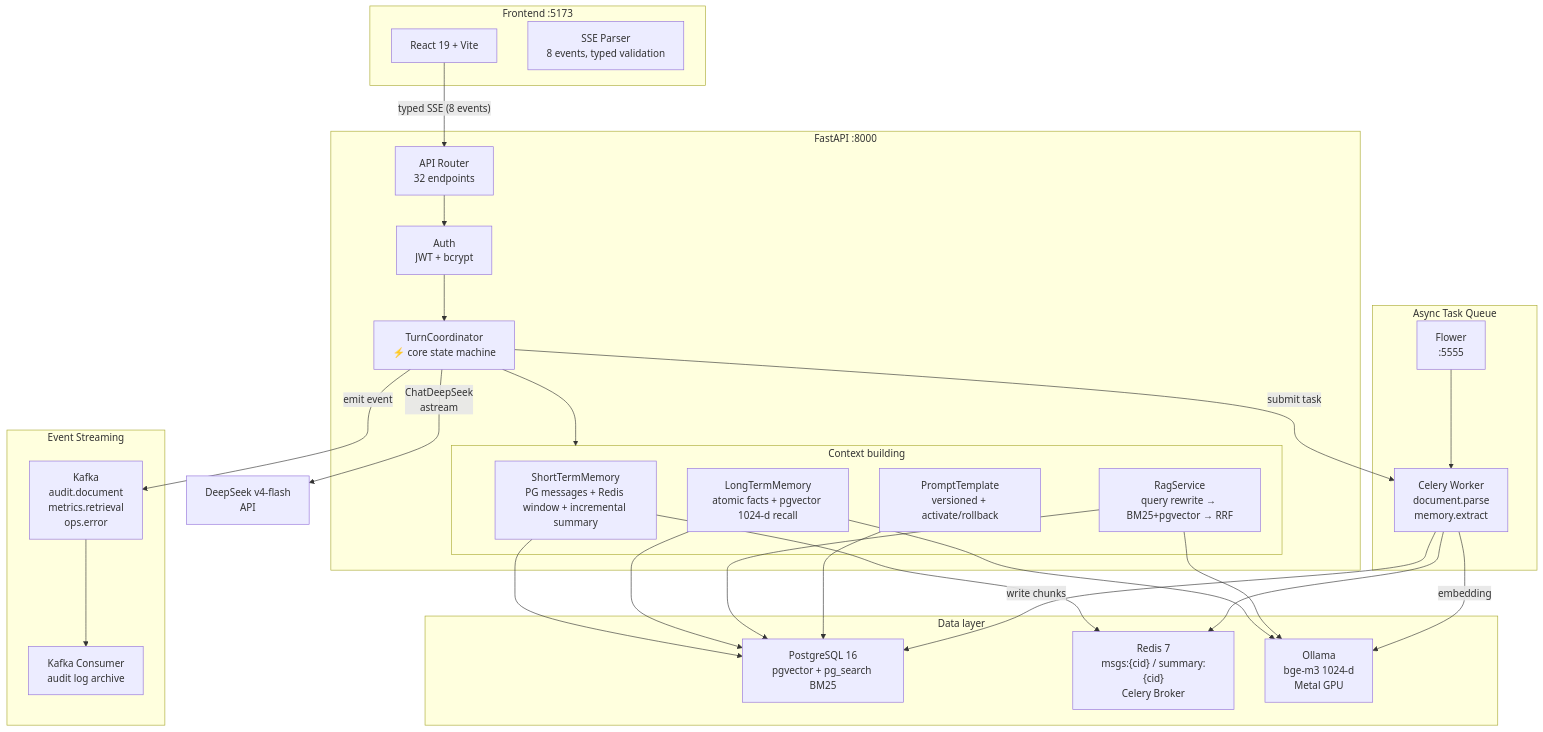
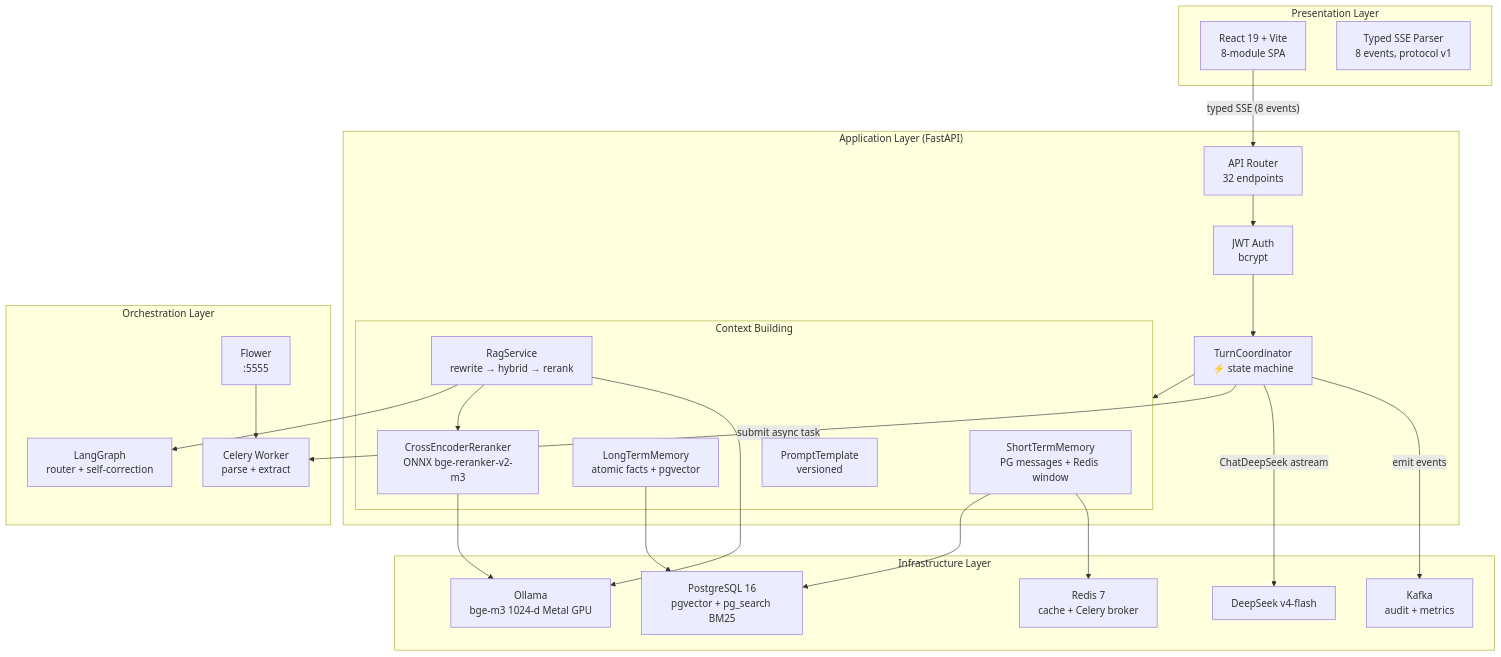
One commit to KevinDeng-0411/AI-CodeReviewCenter changed the first of 4 diagrams in README.md. Above: the diagram before and after it, drawn with Mermaid. The commit also changed other lines of this file and 4 other files, not shown here.

First line of the commit message:
docs: README 加 4 张架构图（分层/时序/路由决策/上下文）+ 面试文档 reranker 叙事更新

````diff
--- a/README.md
+++ b/README.md
@@ -121,56 +123,51 @@
 ```mermaid
 graph TB
-    subgraph Frontend["Frontend :5173"]
-        React["React 19 + Vite"]
-        SSE["SSE Parser<br/>8 events, typed validation"]
+    subgraph Presentation["Presentation Layer"]
+        React["React 19 + Vite<br/>8-module SPA"]
+        SSE["Typed SSE Parser<br/>8 events, protocol v1"]
     end
 
-    subgraph Backend["FastAPI :8000"]
+    subgraph Application["Application Layer (FastAPI)"]
         Router["API Router<br/>32 endpoints"]
-        Auth["Auth<br/>JWT + bcrypt"]
-        TC["TurnCoordinator<br/>⚡ core state machine"]
+        Auth["JWT Auth<br/>bcrypt"]
+        TC["TurnCoordinator<br/>⚡ state machine"]
 
-        subgraph Context["Context building"]
-            STM["ShortTermMemory<br/>PG messages + Redis window + incremental summary"]
-            LTM["LongTermMemory<br/>atomic facts + pgvector 1024-d recall"]
-            RAG["RagService<br/>query rewrite → BM25+pgvector → RRF"]
-            PT["PromptTemplate<br/>versioned + activate/rollback"]
+        subgraph Context["Context Building"]
+            STM["ShortTermMemory<br/>PG messages + Redis window"]
+            LTM["LongTermMemory<br/>atomic facts + pgvector"]
+            RAG["RagService<br/>rewrite → hybrid → rerank"]
+            RR["CrossEncoderReranker<br/>ONNX bge-reranker-v2-m3"]
+            PT["PromptTemplate<br/>versioned"]
         end
     end
 
-    subgraph Tasks["Async Task Queue"]
-        Celery["Celery Worker<br/>document.parse<br/>memory.extract"]
+    subgraph Orchestration["Orchestration Layer"]
+        LG["LangGraph<br/>router + self-correction"]
+        Celery["Celery Worker<br/>parse + extract"]
         Flower["Flower<br/>:5555"]
     end
 
-    subgraph Events["Event Streaming"]
-        Kafka["Kafka<br/>audit.document<br/>metrics.retrieval<br/>ops.error"]
-        Consumer["Kafka Consumer<br/>audit log archive"]
-    end
-
-    subgraph Data["Data layer"]
+    subgraph Infrastructure["Infrastructure Layer"]
         PG["PostgreSQL 16<br/>pgvector + pg_search BM25"]
-        Redis["Redis 7<br/>msgs:{cid} / summary:{cid}<br/>Celery Broker"]
-        Ollama["Ollama<br/>bge-m3 1024-d<br/>Metal GPU"]
+        Redis["Redis 7<br/>cache + Celery broker"]
+        Kafka["Kafka<br/>audit + metrics"]
+        Ollama["Ollama<br/>bge-m3 1024-d Metal GPU"]
+        DS["DeepSeek v4-flash"]
     end
 
     React -->|"typed SSE (8 events)"| Router
     Router --> Auth
     Auth --> TC
     TC --> Context
+    RAG --> LG
+    RAG --> RR
+    TC -->|"submit async task"| Celery
+    Flower --> Celery
     STM --> PG
     STM --> Redis
     LTM --> PG
-    LTM --> Ollama
-    RAG --> PG
+    RR --> Ollama
     RAG --> Ollama
-    PT --> PG
-    TC -->|"ChatDeepSeek<br/>astream"| DS["DeepSeek v4-flash<br/>API"]
-    TC -->|"submit task"| Celery
-    Celery --> Redis
-    Celery -->|"embedding"| Ollama
-    Celery -->|"write chunks"| PG
-    Flower --> Celery
-    TC -->|"emit event"| Kafka
-    Kafka --> Consumer
+    TC -->|"ChatDeepSeek astream"| DS
+    TC -->|"emit events"| Kafka
 ```
````
